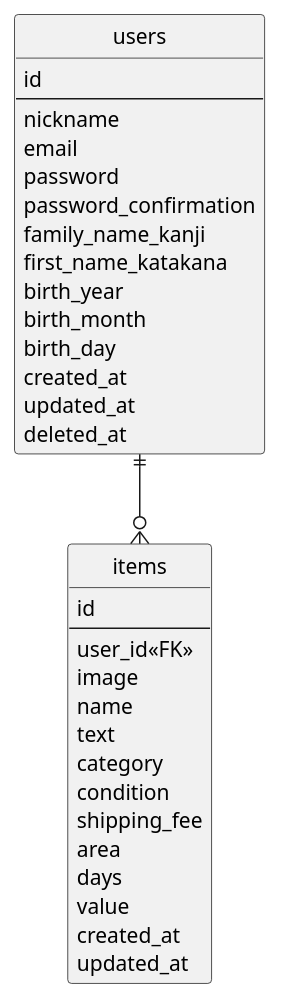
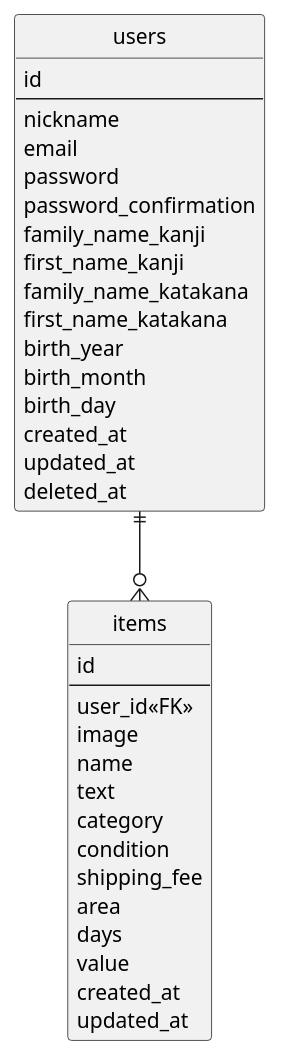
Before and after one commit to sugitaku222719/furima-41660: the diagram in er.plantuml, drawn with PlantUML. The commit also changed 1 other file, not shown here.

Commit message:
データベース設計(readmeへの書き込み、er図の修正)

```diff
--- a/er.plantuml
+++ b/er.plantuml
@@ -1,47 +1,49 @@
 @startuml furima
 ' hide the spot
 hide circle
 
 ' avoid problems with angled crows feet
 skinparam linetype ortho
 
 entity "items" as items {
   id
   --
   user_id<<FK>>
   image
   name
   text
   category
   condition
   shipping_fee
   area
   days
   value
   created_at
   updated_at
 }
 
 entity "users" as users {
   id
   --
   nickname
   email
   password
   password_confirmation
   family_name_kanji
+  first_name_kanji
+  family_name_katakana
   first_name_katakana
   birth_year
   birth_month
   birth_day
   created_at
   updated_at
   deleted_at
 }
 
 
 
 users ||--o{ items
 
 
 @enduml
```
